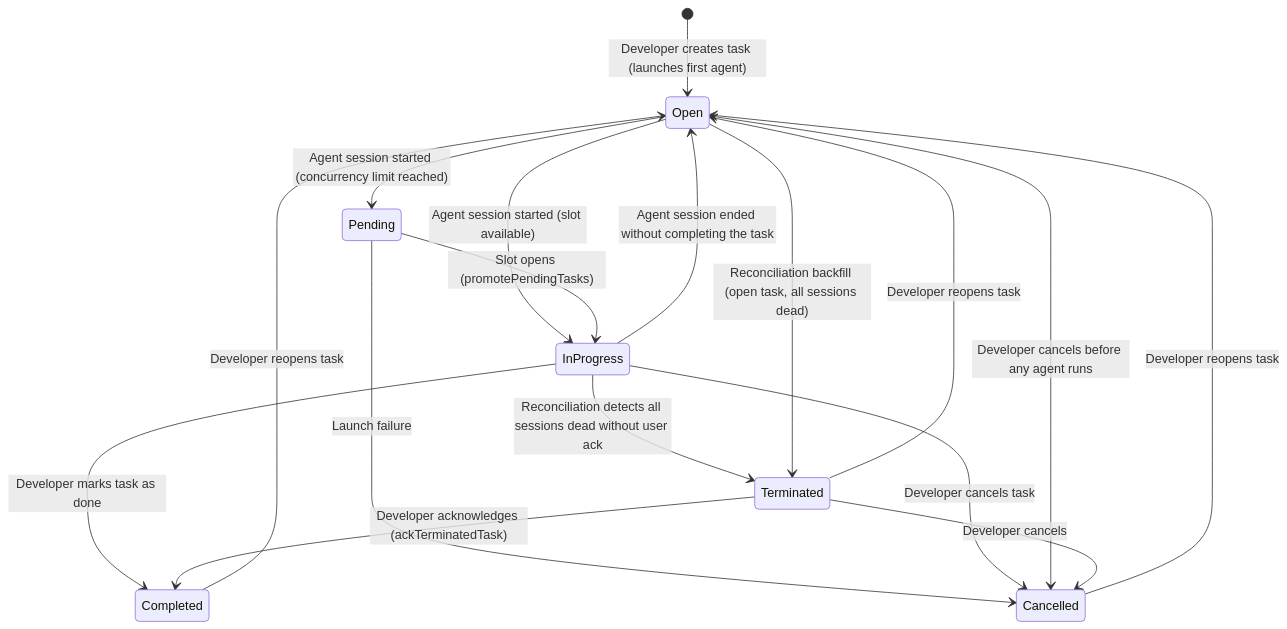
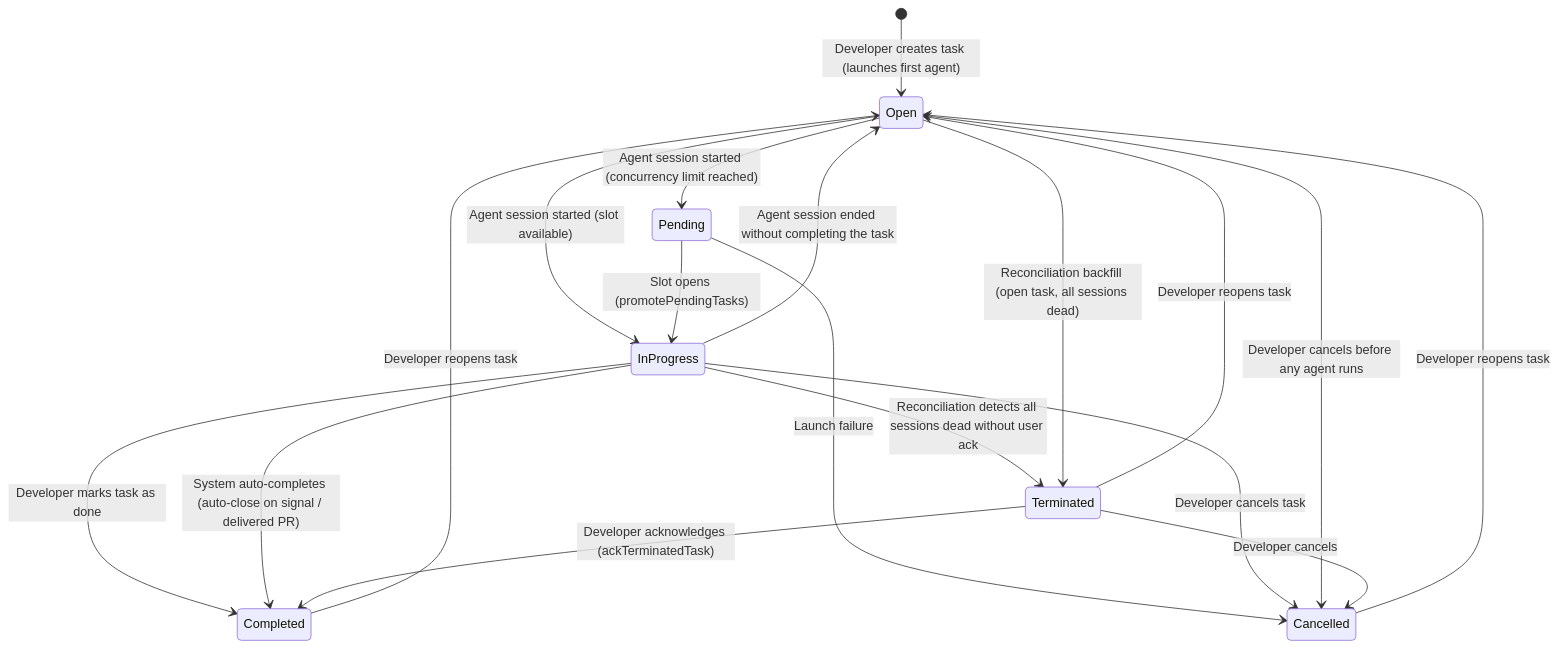
One commit to kookr-ai/kookr changed the first of 4 diagrams in docs/system-models/05-state-machine-catalog.md. Above: the diagram before and after it, drawn with Mermaid. The commit also changed other lines of this file and 11 other files, not shown here.

````diff
--- a/docs/system-models/05-state-machine-catalog.md
+++ b/docs/system-models/05-state-machine-catalog.md
@@ -19,23 +19,24 @@
 ```mermaid
 stateDiagram-v2
   [*] --> Open: Developer creates task (launches first agent)
 
   Open --> InProgress: Agent session started (slot available)
   Open --> Pending: Agent session started (concurrency limit reached)
   Pending --> InProgress: Slot opens (promotePendingTasks)
   Pending --> Cancelled: Launch failure
   InProgress --> Open: Agent session ended without completing the task
   InProgress --> Completed: Developer marks task as done
+  InProgress --> Completed: System auto-completes (auto-close on signal / delivered PR)
   InProgress --> Terminated: Reconciliation detects all sessions dead without user ack
   InProgress --> Cancelled: Developer cancels task
 
   Open --> Terminated: Reconciliation backfill (open task, all sessions dead)
   Open --> Cancelled: Developer cancels before any agent runs
 
   Terminated --> Completed: Developer acknowledges (ackTerminatedTask)
   Terminated --> Open: Developer reopens task
   Terminated --> Cancelled: Developer cancels
 
   Completed --> Open: Developer reopens task
   Cancelled --> Open: Developer reopens task
 ```
````
